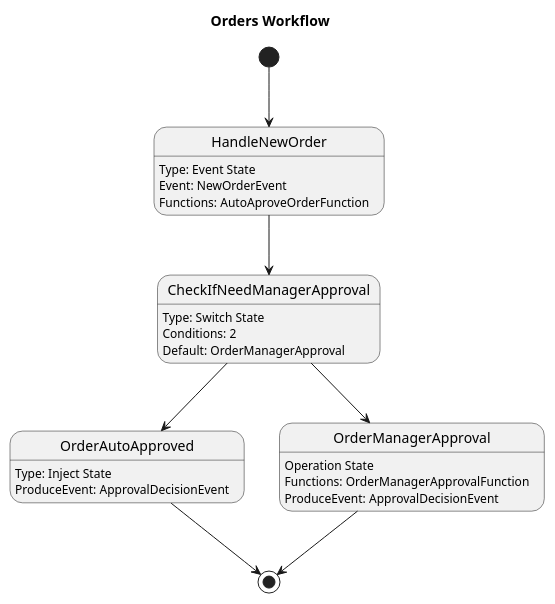
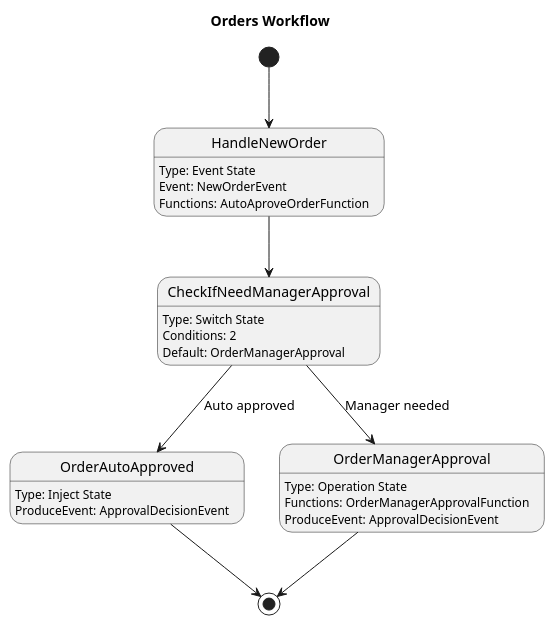
One commit to Serverless-Workflow-Examples/orders-demo changed the diagram in src/main/resources/ordersworkflow.puml. Above: the diagram before and after it, drawn with PlantUML.

Commit message:
update plantuml def

```diff
--- a/src/main/resources/ordersworkflow.puml
+++ b/src/main/resources/ordersworkflow.puml
@@ -1,29 +1,29 @@
 @startuml
 title Orders Workflow
 skinparam backgroundColor White
 skinparam state {
   StartColor Green
   EndColor Red
 }
 [*] --> HandleNewOrder
 HandleNewOrder : Type: Event State
 HandleNewOrder : Event: NewOrderEvent
 HandleNewOrder : Functions: AutoAproveOrderFunction
 
 
 HandleNewOrder --> CheckIfNeedManagerApproval
 CheckIfNeedManagerApproval: Type: Switch State
 CheckIfNeedManagerApproval: Conditions: 2
 CheckIfNeedManagerApproval: Default: OrderManagerApproval
-CheckIfNeedManagerApproval --> OrderAutoApproved
-CheckIfNeedManagerApproval --> OrderManagerApproval
+CheckIfNeedManagerApproval --> OrderAutoApproved : Auto approved
+CheckIfNeedManagerApproval --> OrderManagerApproval : Manager needed
 
 OrderAutoApproved : Type: Inject State
 OrderAutoApproved : ProduceEvent: ApprovalDecisionEvent
-OrderManagerApproval : Operation State
+OrderManagerApproval : Type: Operation State
 OrderManagerApproval : Functions: OrderManagerApprovalFunction
 OrderManagerApproval : ProduceEvent: ApprovalDecisionEvent
 
 OrderAutoApproved --> [*]
 OrderManagerApproval --> [*]
 @enduml
```
